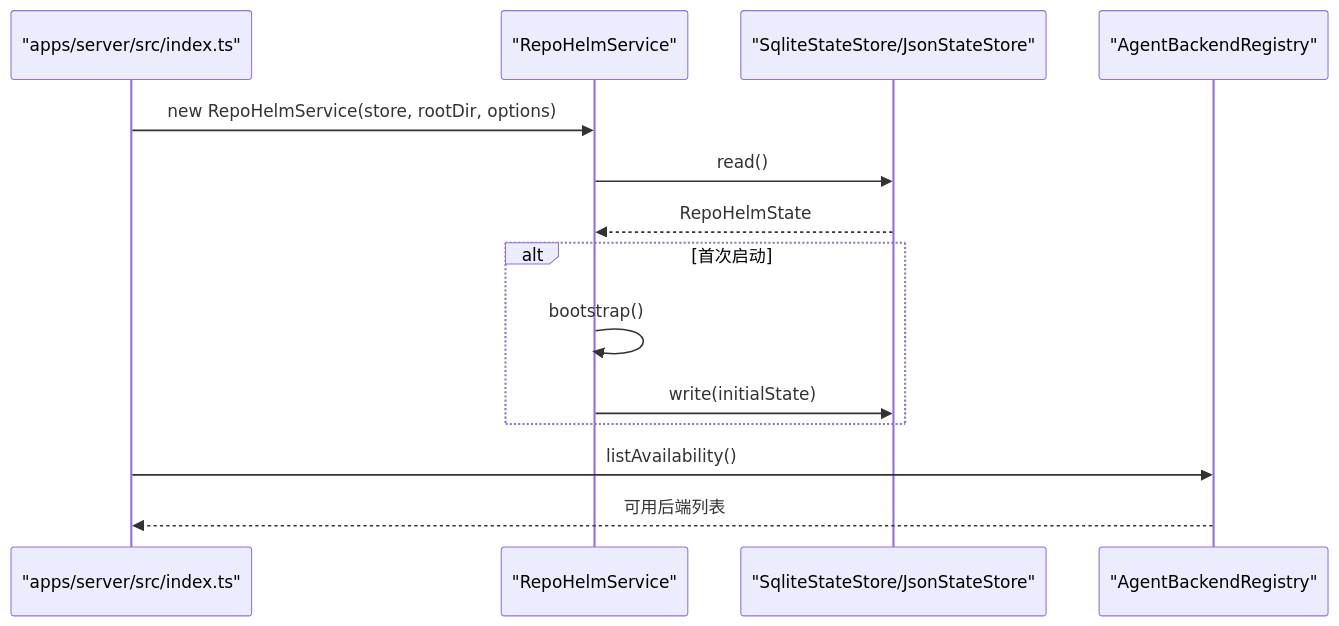
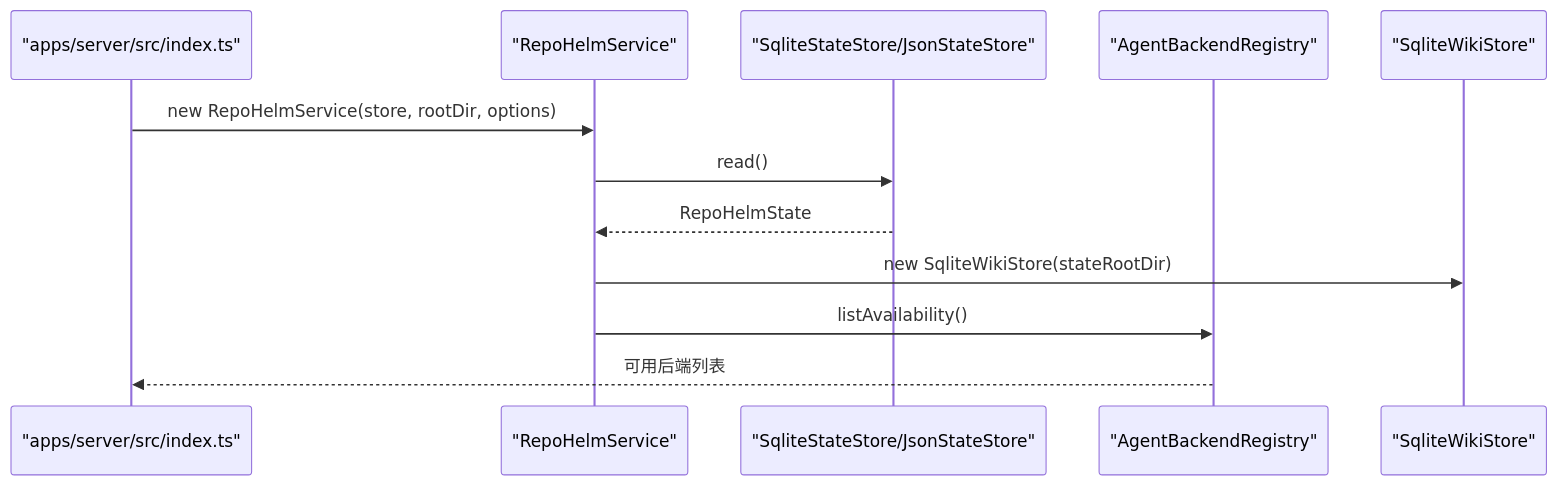
The tenth of 11 diagrams in .qoder/repowiki/zh/content/架构设计/组件交互关系.md (coconilu/RepoHelm), drawn with Mermaid before and after one commit. The commit also changed other lines of this file and 9 other files, not shown here.

First line of the commit message:
docs(zh): add KnowledgeCenter, Markdown & Mermaid

````diff
--- a/.qoder/repowiki/zh/content/架构设计/组件交互关系.md
+++ b/.qoder/repowiki/zh/content/架构设计/组件交互关系.md
@@ -295,16 +479,14 @@
 ```mermaid
 sequenceDiagram
 participant Server as "apps/server/src/index.ts"
 participant Service as "RepoHelmService"
 participant Store as "SqliteStateStore/JsonStateStore"
 participant Registry as "AgentBackendRegistry"
+participant WikiStore as "SqliteWikiStore"
 Server->>Service : new RepoHelmService(store, rootDir, options)
 Service->>Store : read()
 Store-->>Service : RepoHelmState
-alt 首次启动
-Service->>Service : bootstrap()
-Service->>Store : write(initialState)
-end
-Server->>Registry : listAvailability()
+Service->>WikiStore : new SqliteWikiStore(stateRootDir)
+Service->>Registry : listAvailability()
 Registry-->>Server : 可用后端列表
 ```
````
